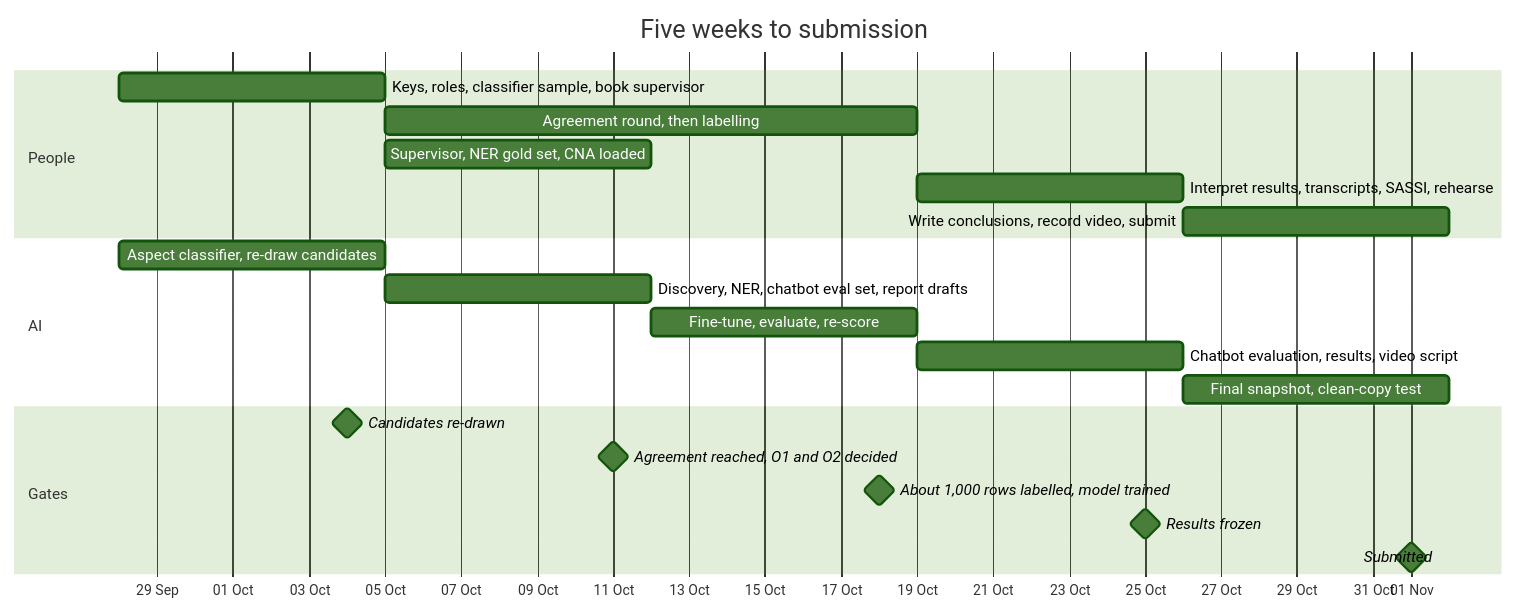
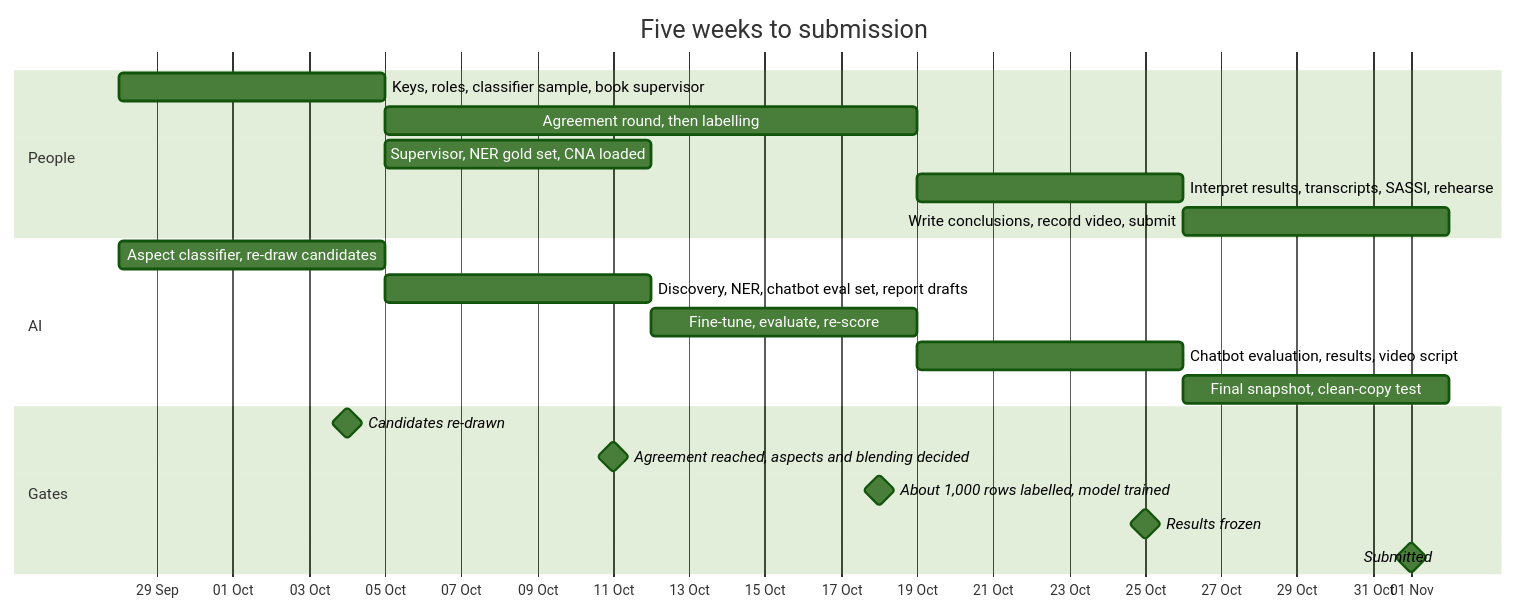
One commit to Gavingyh/plp-project changed the diagram in docs/diagrams/src/10-plan.mmd. Above: the diagram before and after it, drawn with Mermaid (forest theme). The commit also changed 36 other files, not shown here.

```diff
--- a/docs/diagrams/src/10-plan.mmd
+++ b/docs/diagrams/src/10-plan.mmd
@@ -1,28 +1,28 @@
 gantt
   accTitle: Plan to 1 November 2026
   accDescr: Five weekly stages from 28 September to 1 November, people's work and AI work side by side, each week ending in a gate.
   title Five weeks to submission
   dateFormat YYYY-MM-DD
   axisFormat %d %b
   todayMarker off
 
   section People
   Keys, roles, classifier sample, book supervisor   :p1, 2026-09-28, 7d
   Agreement round, then labelling                   :p2, 2026-10-05, 14d
   Supervisor, NER gold set, CNA loaded              :p3, 2026-10-05, 7d
   Interpret results, transcripts, SASSI, rehearse   :p4, 2026-10-19, 7d
   Write conclusions, record video, submit           :p5, 2026-10-26, 7d
 
   section AI
   Aspect classifier, re-draw candidates             :a1, 2026-09-28, 7d
   Discovery, NER, chatbot eval set, report drafts   :a2, 2026-10-05, 7d
   Fine-tune, evaluate, re-score                     :a3, 2026-10-12, 7d
   Chatbot evaluation, results, video script         :a4, 2026-10-19, 7d
   Final snapshot, clean-copy test                   :a5, 2026-10-26, 7d
 
   section Gates
   Candidates re-drawn                               :milestone, g1, 2026-10-04, 0d
-  Agreement reached, O1 and O2 decided              :milestone, g2, 2026-10-11, 0d
+  Agreement reached, aspects and blending decided   :milestone, g2, 2026-10-11, 0d
   About 1,000 rows labelled, model trained          :milestone, g3, 2026-10-18, 0d
   Results frozen                                    :milestone, g4, 2026-10-25, 0d
   Submitted                                         :milestone, g5, 2026-11-01, 0d
```
